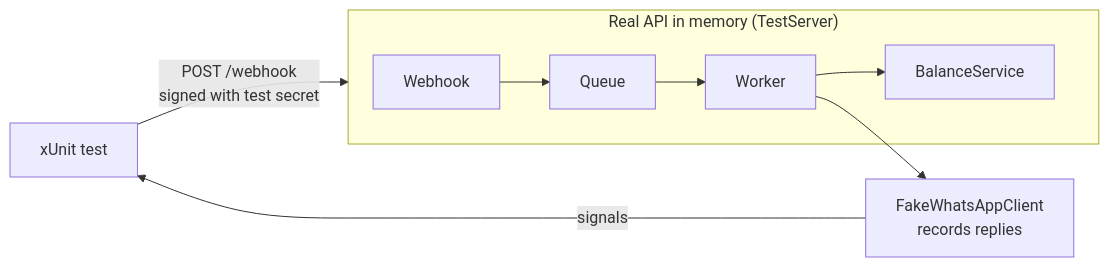
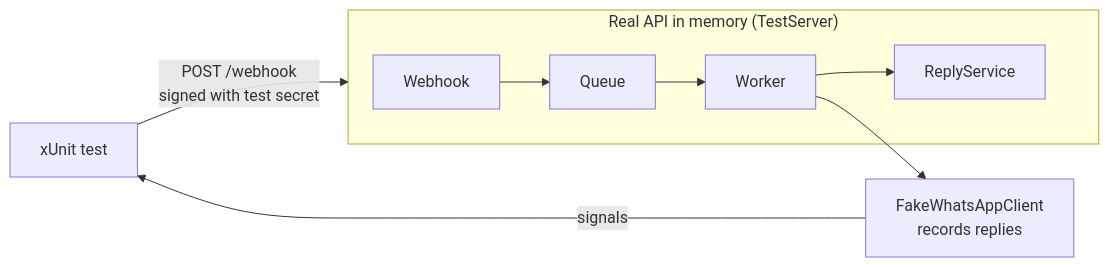
The third of 4 diagrams in docs/architecture.md (juancitowillyr46/academy-whatsapp-bot), drawn with Mermaid before and after one commit. The commit also changed other lines of this file and 11 other files, not shown here.

````diff
--- a/docs/architecture.md
+++ b/docs/architecture.md
@@ -149,9 +150,9 @@
 ```mermaid
 flowchart LR
     Test["xUnit test"] -- "POST /webhook<br/>signed with test secret" --> Api
     subgraph Api["Real API in memory (TestServer)"]
-        Webhook --> Queue --> Worker --> Balance["BalanceService"]
+        Webhook --> Queue --> Worker --> Balance["ReplyService"]
     end
     Worker --> Fake["FakeWhatsAppClient<br/>records replies"]
     Fake -- "signals" --> Test
 ```
````
